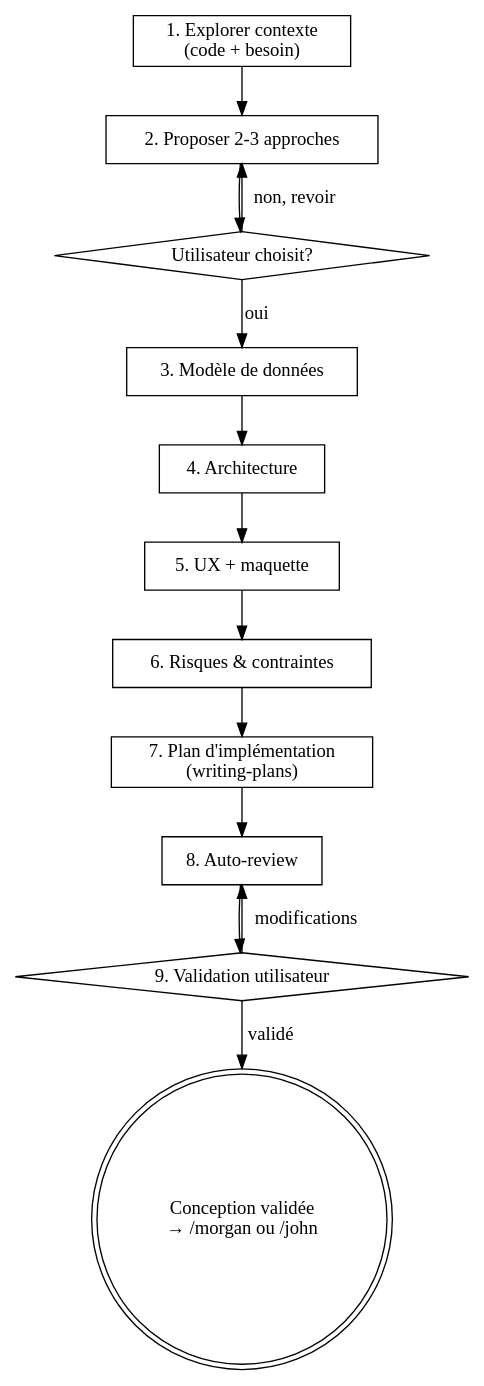
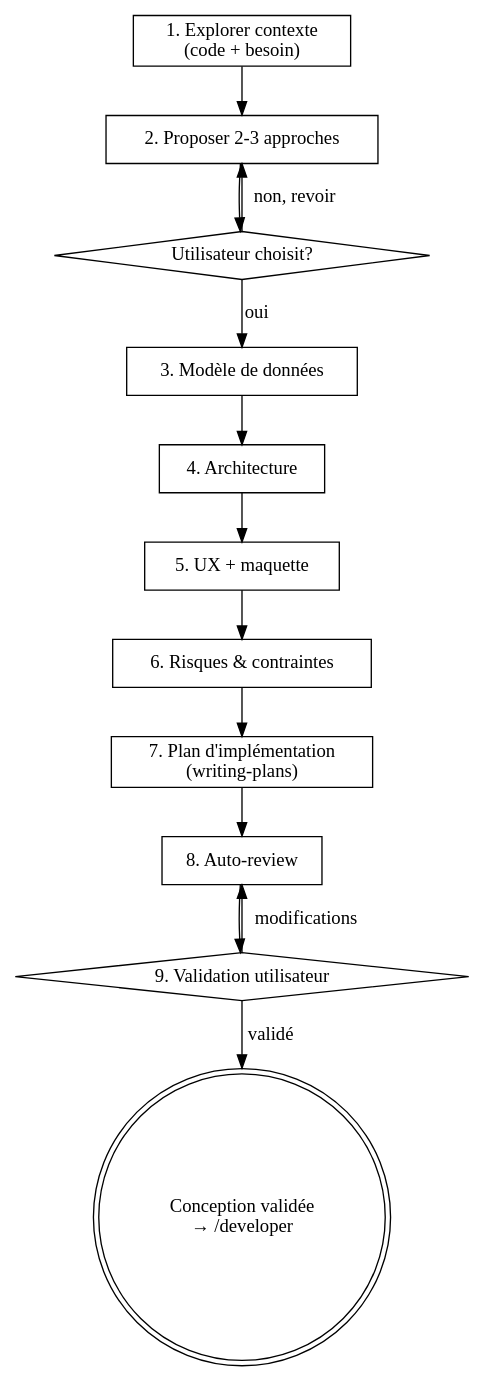
One commit to ezacae/ezacae-tooling changed the diagram in plugins/ezacae-dev/skills/chuck/SKILL.md. Above: the diagram before and after it, drawn with Graphviz. The commit also changed other lines of this file and 19 other files, not shown here.

First line of the commit message:
refactor(ezacae-dev): fusion john+morgan → skill unique developer (0.4.0)

````diff
--- a/plugins/ezacae-dev/skills/chuck/SKILL.md
+++ b/plugins/ezacae-dev/skills/chuck/SKILL.md
@@ -42,31 +41,31 @@
 ```dot
 digraph chuck_flow {
     rankdir=TB;
     node [shape=box];
 
     explore [label="1. Explorer contexte\n(code + besoin)"];
     approaches [label="2. Proposer 2-3 approches"];
     user_choice [label="Utilisateur choisit?" shape=diamond];
     data_model [label="3. Modèle de données"];
     architecture [label="4. Architecture"];
     ux [label="5. UX + maquette"];
     risks [label="6. Risques & contraintes"];
     plan [label="7. Plan d'implémentation\n(writing-plans)"];
     review [label="8. Auto-review"];
     validate [label="9. Validation utilisateur" shape=diamond];
-    done [label="Conception validée\n→ /morgan ou /john" shape=doublecircle];
+    done [label="Conception validée\n→ /developer" shape=doublecircle];
 
     explore -> approaches;
     approaches -> user_choice;
     user_choice -> approaches [label="non, revoir"];
     user_choice -> data_model [label="oui"];
     data_model -> architecture;
     architecture -> ux;
     ux -> risks;
     risks -> plan;
     plan -> review;
     review -> validate;
     validate -> review [label="modifications"];
     validate -> done [label="validé"];
 }
 ```
````
